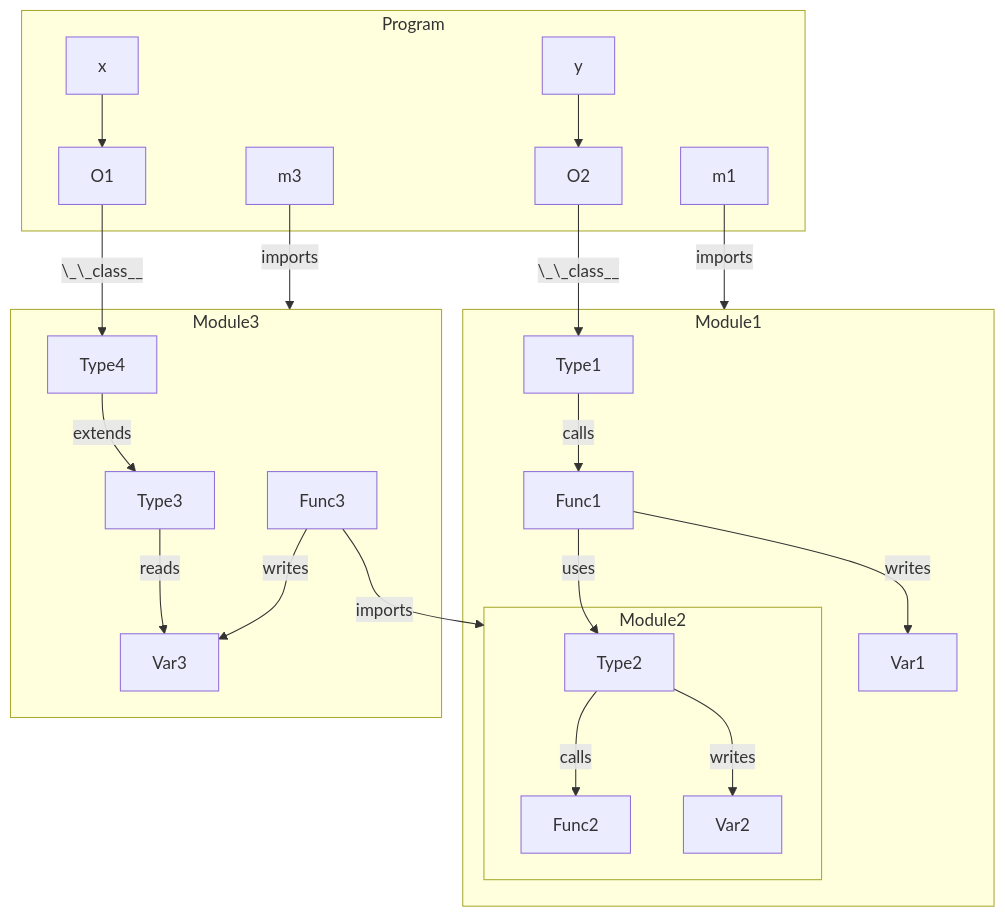
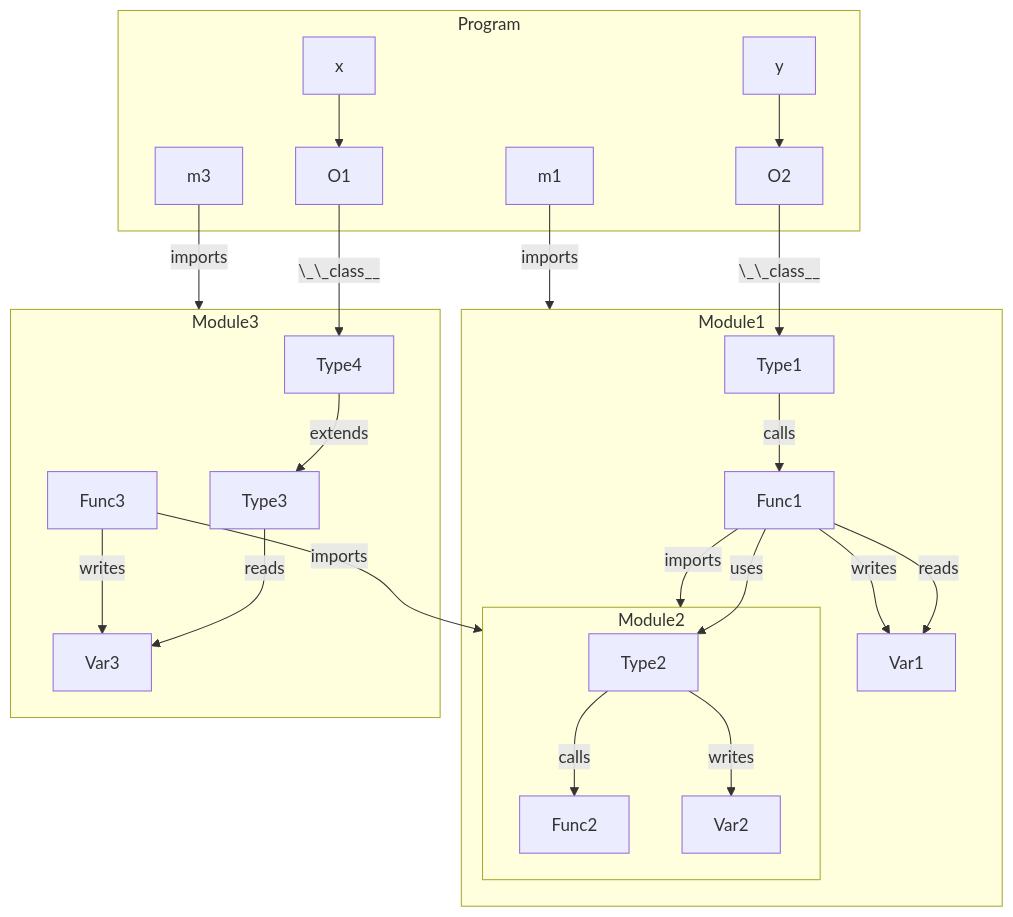
Before and after one commit to TobiasWrigstad/peps: the eighth of 8 diagrams in pep795.md, drawn with Mermaid. The commit also changed other lines of this file, not shown here.

````diff
--- a/pep795.md
+++ b/pep795.md
@@ -908,49 +909,52 @@
 ```mermaid
 graph
   subgraph Module1
     A[Type1]
     B[Func1]
     X[Var1]
     subgraph Module2
         C[Type2]
         D[Func2]
         Y[Var2]
     end
   end
 
   subgraph Module3
     E[Type3]
     EE[Type4]
+    Z[Var3]
     F[Func3]
-    Z[Var3]
   end
 
   subgraph Program
     O1
     O2
     x
     y
     m3
     m1
   end
 
-  F -- imports --> Module2
-
   A -- calls --> B
+  B -- uses --> C
+  B -- imports --> Module2
+  B -- reads --> X
   B -- writes --> X
-  B -- uses --> C
   C -- calls --> D
   C -- writes --> Y
 
   E -- reads --> Z
   F -- writes --> Z
   
+  F -- imports --> Module2
+
   EE -- extends --> E
   
   O1 -- \_\_class__ --> EE
   O2 -- \_\_class__ --> A
   x --> O1
   y --> O2
   m1 -- imports --> Module1
   m3 -- imports --> Module3
+
 ```
````
